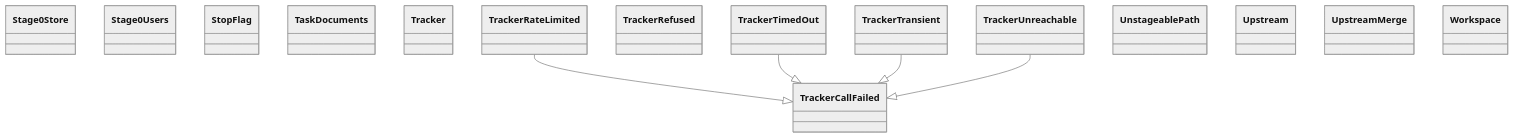
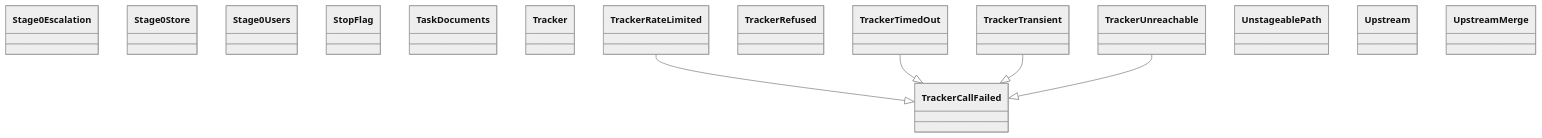
Before and after one commit to GonzaloZevallos/agentic-system: the diagram in docs/architecture/generated/classes-process-application-support-6.md, drawn with Mermaid (neutral theme). The commit also changed other lines of this file and 26 other files, not shown here.

````diff
--- a/docs/architecture/generated/classes-process-application-support-6.md
+++ b/docs/architecture/generated/classes-process-application-support-6.md
@@ -19,22 +19,22 @@
 ```mermaid
 classDiagram
+    class ports__Stage0Escalation["Stage0Escalation"]
     class ports__Stage0Store["Stage0Store"]
     class ports__Stage0Users["Stage0Users"]
     class ports__StopFlag["StopFlag"]
     class ports__TaskDocuments["TaskDocuments"]
     class ports__Tracker["Tracker"]
     class ports__TrackerCallFailed["TrackerCallFailed"]
     class ports__TrackerRateLimited["TrackerRateLimited"]
     class ports__TrackerRefused["TrackerRefused"]
     class ports__TrackerTimedOut["TrackerTimedOut"]
     class ports__TrackerTransient["TrackerTransient"]
     class ports__TrackerUnreachable["TrackerUnreachable"]
     class ports__UnstageablePath["UnstageablePath"]
     class ports__Upstream["Upstream"]
     class ports__UpstreamMerge["UpstreamMerge"]
-    class ports__Workspace["Workspace"]
     ports__TrackerRateLimited --|> ports__TrackerCallFailed
     ports__TrackerTimedOut --|> ports__TrackerCallFailed
     ports__TrackerTransient --|> ports__TrackerCallFailed
     ports__TrackerUnreachable --|> ports__TrackerCallFailed
 ```
````
